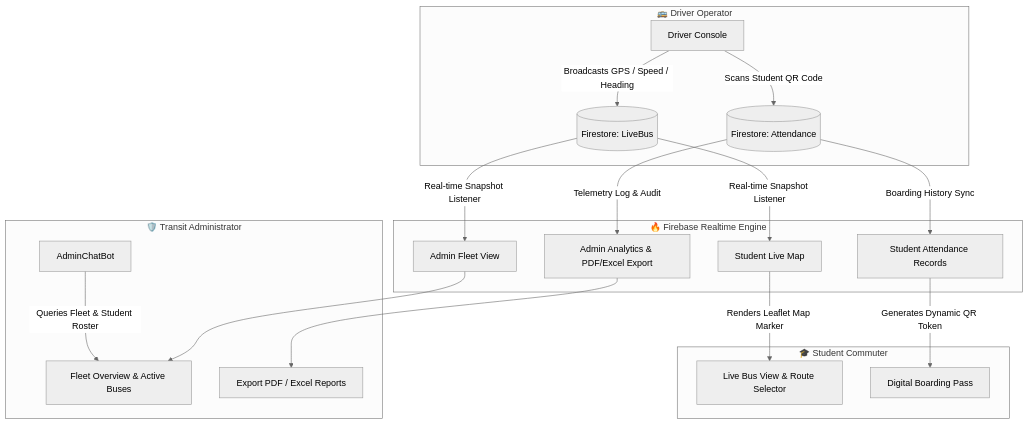
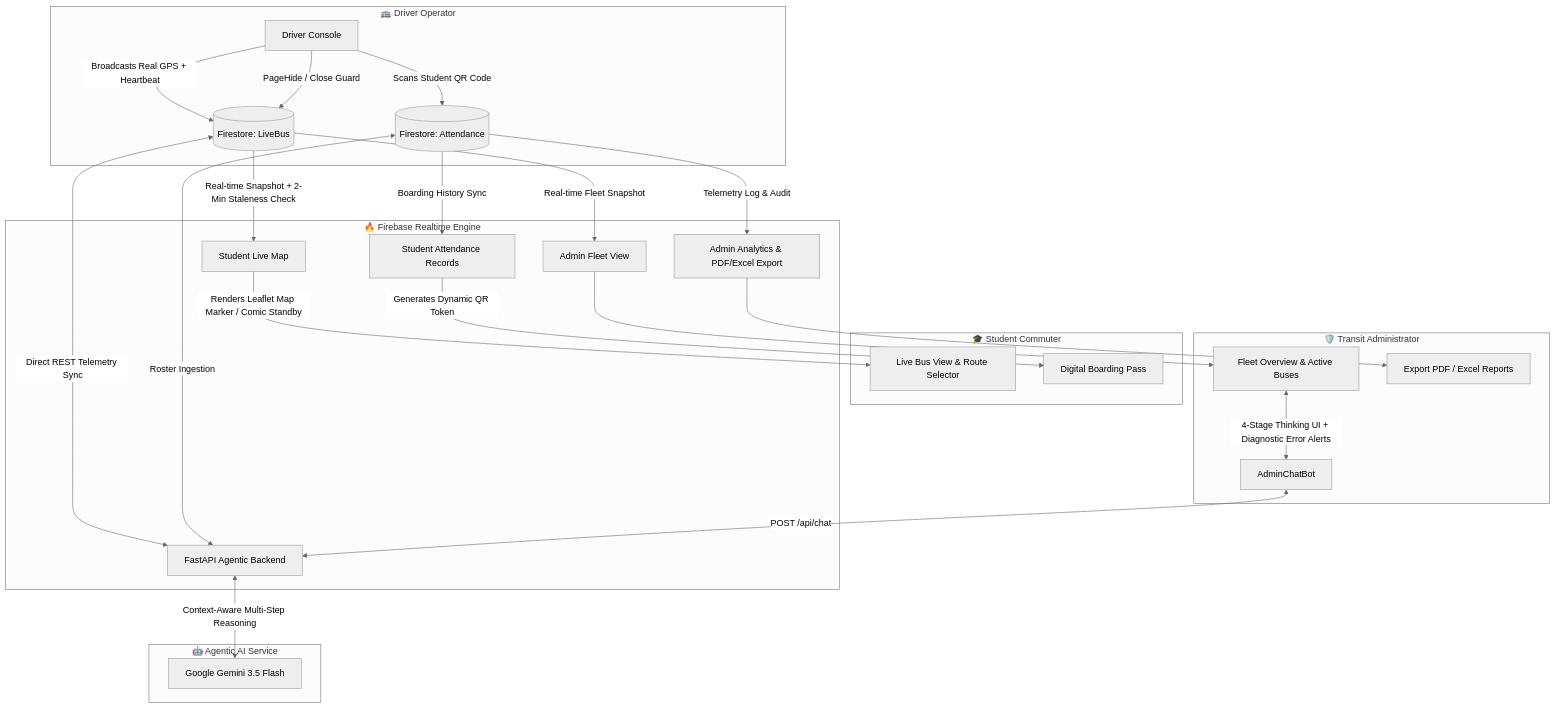
Before and after one commit to Hemal-31/Scanigo: the diagram in README.md, drawn with Mermaid (neutral theme). The commit also changed other lines of this file and 36 other files, not shown here.

Commit message:
feat: integrate FastAPI Gemini RAG backend, GPS staleness detection, and enhanced Admin ChatBot UI

````diff
--- a/README.md
+++ b/README.md
@@ -61,25 +61,33 @@
 ```mermaid
 graph TD
     subgraph Driver ["🚌 Driver Operator"]
-        D1[Driver Console] -->|Broadcasts GPS / Speed / Heading| FB_LiveBus[(Firestore: LiveBus)]
+        D1[Driver Console] -->|Broadcasts Real GPS + Heartbeat| FB_LiveBus[(Firestore: LiveBus)]
+        D1 -->|PageHide / Close Guard| FB_LiveBus
         D1 -->|Scans Student QR Code| FB_Attendance[(Firestore: Attendance)]
     end
 
     subgraph Firebase ["🔥 Firebase Realtime Engine"]
-        FB_LiveBus -->|Real-time Snapshot Listener| S1[Student Live Map]
-        FB_LiveBus -->|Real-time Snapshot Listener| A1[Admin Fleet View]
+        FB_LiveBus -->|Real-time Snapshot + 2-Min Staleness Check| S1[Student Live Map]
+        FB_LiveBus -->|Real-time Fleet Snapshot| A1[Admin Fleet View]
+        FB_LiveBus <-->|Direct REST Telemetry Sync| Backend[FastAPI Agentic Backend]
         FB_Attendance -->|Boarding History Sync| S2[Student Attendance Records]
         FB_Attendance -->|Telemetry Log & Audit| A2[Admin Analytics & PDF/Excel Export]
+        FB_Attendance <-->|Roster Ingestion| Backend
+    end
+
+    subgraph AI_Engine ["🤖 Agentic AI Service"]
+        Backend <-->|Context-Aware Multi-Step Reasoning| Gemini[Google Gemini 3.5 Flash]
     end
 
     subgraph Student ["🎓 Student Commuter"]
-        S1 -->|Renders Leaflet Map Marker| UI_Student[Live Bus View & Route Selector]
+        S1 -->|Renders Leaflet Map Marker / Comic Standby| UI_Student[Live Bus View & Route Selector]
         S2 -->|Generates Dynamic QR Token| QR_Student[Digital Boarding Pass]
     end
 
     subgraph Admin ["🛡️ Transit Administrator"]
         A1 --> UI_Admin[Fleet Overview & Active Buses]
         A2 --> Export[Export PDF / Excel Reports]
-        AI[AdminChatBot] -->|Queries Fleet & Student Roster| UI_Admin
+        UI_Admin <-->|4-Stage Thinking UI + Diagnostic Error Alerts| AI[AdminChatBot]
+        AI <-->|POST /api/chat| Backend
     end
 ```
````
